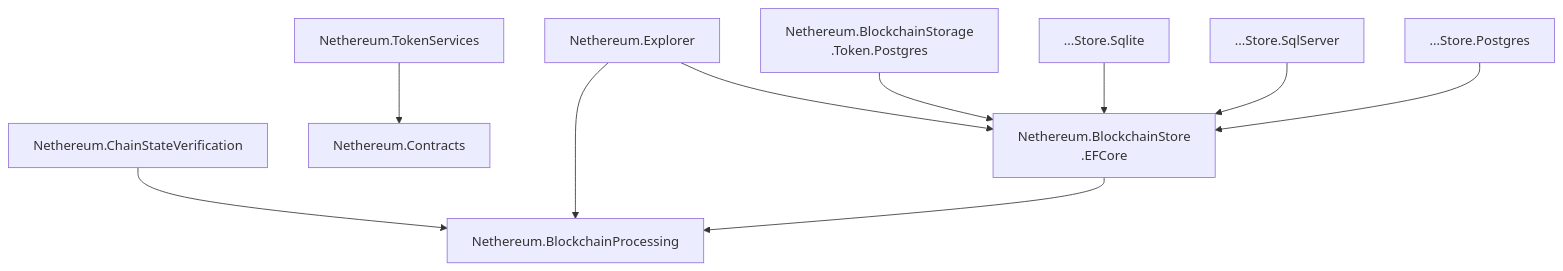
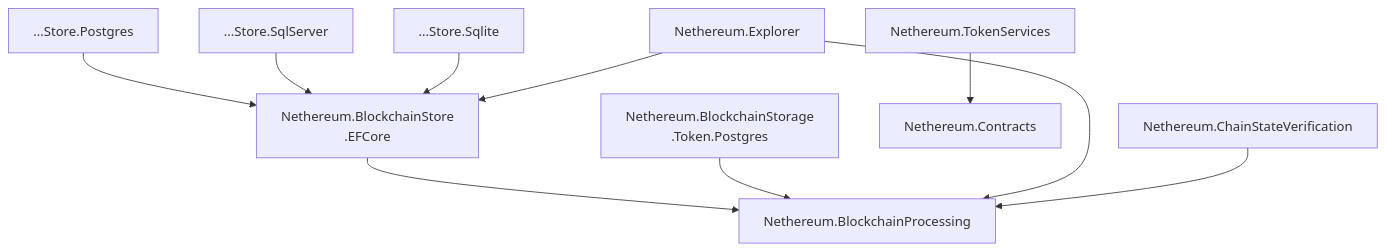
One commit to Nethereum/Nethereum.Documentation changed diagram 13 of 21 in docs/architecture.md. Above: the diagram before and after it, drawn with Mermaid. The commit also changed other lines of this file and 6 other files, not shown here.

First line of the commit message:
Docs: fix getting-started, transport and architecture pages against source

````diff
--- a/docs/architecture.md
+++ b/docs/architecture.md
@@ -259,13 +259,13 @@
 ```mermaid
 graph TD
     EFCore["Nethereum.BlockchainStore<br/>.EFCore"] --> BP["Nethereum.BlockchainProcessing"]
     StorePG["...Store.Postgres"] --> EFCore
     StoreSQL["...Store.SqlServer"] --> EFCore
     StoreLite["...Store.Sqlite"] --> EFCore
-    TokenPG["Nethereum.BlockchainStorage<br/>.Token.Postgres"] --> EFCore
+    TokenPG["Nethereum.BlockchainStorage<br/>.Token.Postgres"] --> BP
 
     Explorer["Nethereum.Explorer"] --> BP
     Explorer --> EFCore
     TokenServices["Nethereum.TokenServices"] --> Contracts["Nethereum.Contracts"]
     ChainState["Nethereum.ChainStateVerification"] --> BP
 ```
````
